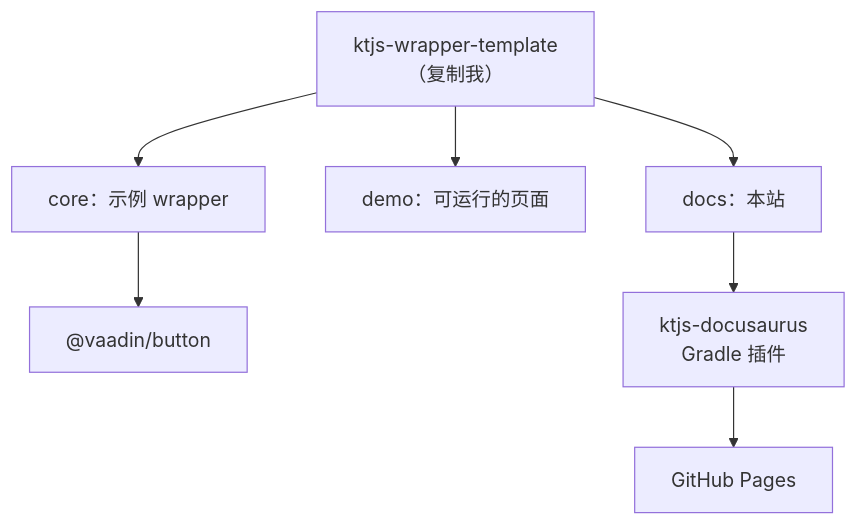
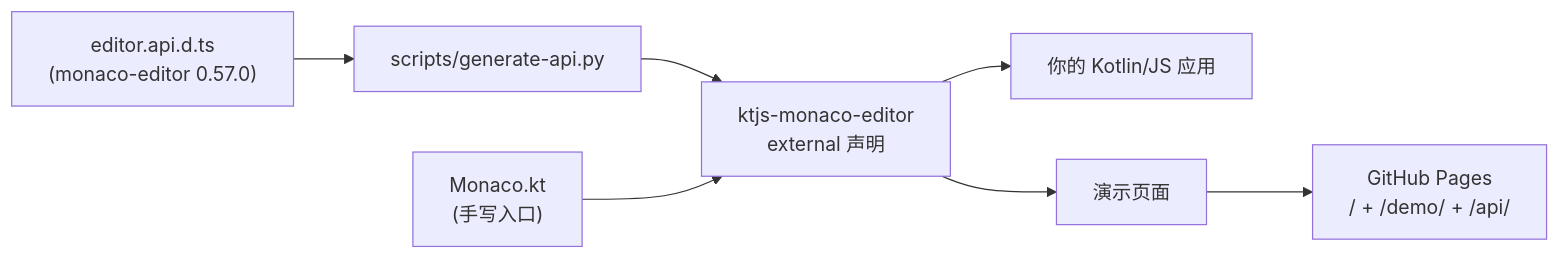
One commit to shijianjs/ktjs-monaco-editor changed the diagram in docs/src/jsMain/resources/i18n/zh-Hans/docusaurus-plugin-content-docs/current/intro.md. Above: the diagram before and after it, drawn with Mermaid. The commit also changed other lines of this file and 72 other files, not shown here.

First line of the commit message:
Wrap monaco-editor 0.57.0 for Kotlin/JS

````diff
--- a/docs/src/jsMain/resources/i18n/zh-Hans/docusaurus-plugin-content-docs/current/intro.md
+++ b/docs/src/jsMain/resources/i18n/zh-Hans/docusaurus-plugin-content-docs/current/intro.md
@@ -30,9 +54,9 @@
 ```mermaid
-flowchart TB
-  T["ktjs-wrapper-template<br/>（复制我）"] --> C["core：示例 wrapper"]
-  T --> D["demo：可运行的页面"]
-  T --> G["docs：本站"]
-  C --> V["@vaadin/button"]
-  G --> B["ktjs-docusaurus<br/>Gradle 插件"]
-  B --> P["GitHub Pages"]
+flowchart LR
+  D["editor.api.d.ts<br/>(monaco-editor 0.57.0)"] --> G["scripts/generate-api.py"]
+  G --> W["ktjs-monaco-editor<br/>external 声明"]
+  H["Monaco.kt<br/>(手写入口)"] --> W
+  W --> A["你的 Kotlin/JS 应用"]
+  W --> P["演示页面"]
+  P --> S["GitHub Pages<br/>/ + /demo/ + /api/"]
 ```
````
